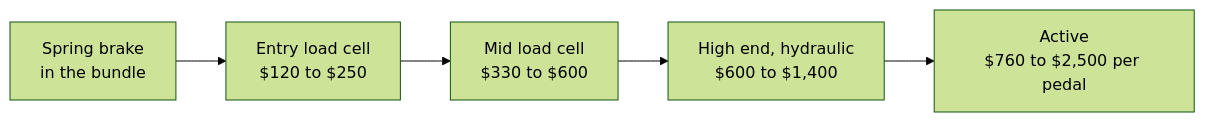
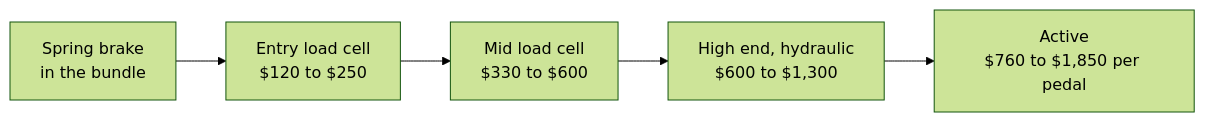
The diagram in docs/components/pedals.md (johnjp15/sim-racing-guide), drawn with Mermaid (forest theme) before and after one commit. The commit also changed other lines of this file and 36 other files, not shown here.

````diff
--- a/docs/components/pedals.md
+++ b/docs/components/pedals.md
@@ -13,4 +15,4 @@
 ```mermaid
 flowchart LR
-    A[Spring brake<br>in the bundle] --> B[Entry load cell<br>$120 to $250] --> C[Mid load cell<br>$330 to $600] --> D[High end, hydraulic<br>$600 to $1,400] --> E[Active<br>$760 to $2,500 per pedal]
+    A[Spring brake<br>in the bundle] --> B[Entry load cell<br>$120 to $250] --> C[Mid load cell<br>$330 to $600] --> D[High end, hydraulic<br>$600 to $1,300] --> E[Active<br>$760 to $1,850 per pedal]
 ```
````
